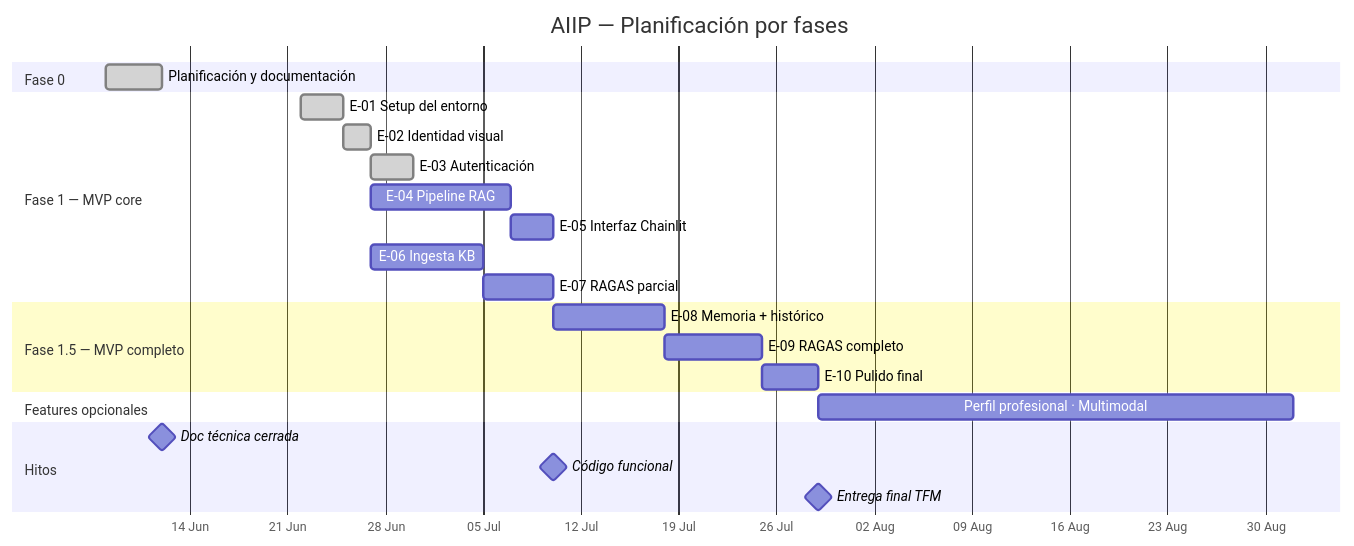
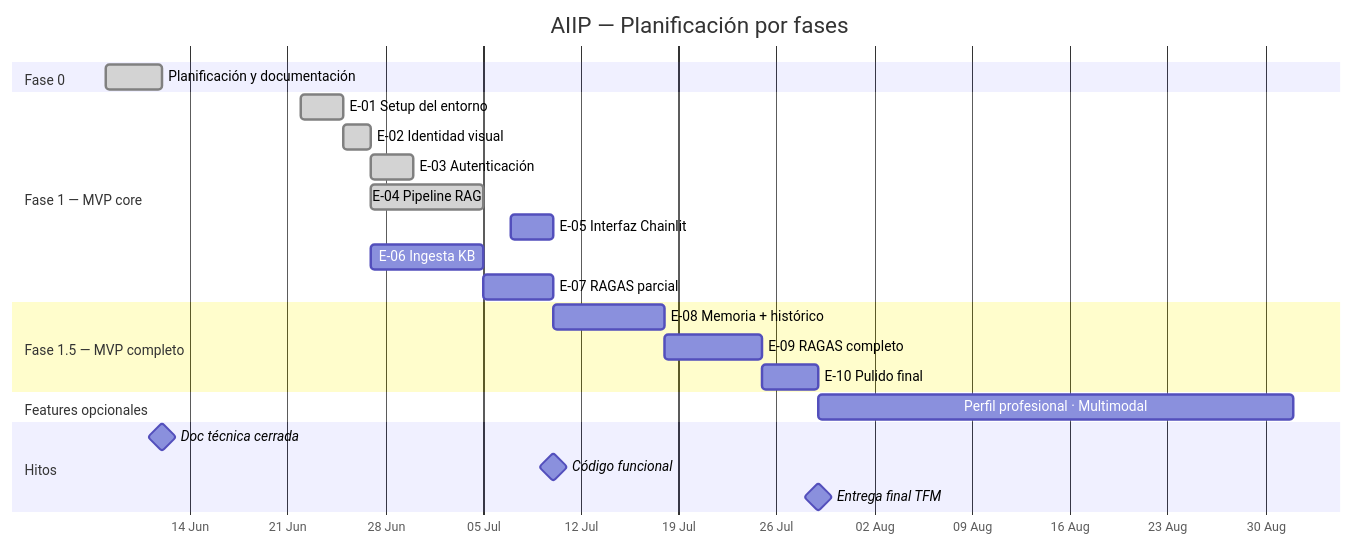
The diagram in README.md (mimpho/aiip), drawn with Mermaid before and after one commit. The commit also changed other lines of this file and 4 other files, not shown here.

Commit message:
feat: finalize E-04 RAG pipeline and update documentation, backlog, and epic-close skill instructions

````diff
--- a/README.md
+++ b/README.md
@@ -60,31 +60,31 @@
 ```mermaid
 gantt
     title AIIP — Planificación por fases
     dateFormat  YYYY-MM-DD
     axisFormat  %d %b
 
     section Fase 0
     Planificación y documentación     :done,    f0, 2026-06-08, 2026-06-12
 
     section Fase 1 — MVP core
     E-01 Setup del entorno            :done,    e01, 2026-06-22, 2026-06-25
     E-02 Identidad visual             :done,    e02, 2026-06-25, 2026-06-27
     E-03 Autenticación                :done,    e03, 2026-06-27, 2026-06-30
-    E-04 Pipeline RAG                 :         e04, 2026-06-27, 2026-07-07
+    E-04 Pipeline RAG                 :done,    e04, 2026-06-27, 2026-07-05
     E-05 Interfaz Chainlit            :         e05, 2026-07-07, 2026-07-10
     E-06 Ingesta KB                   :         e06, 2026-06-27, 2026-07-05
     E-07 RAGAS parcial                :         e07, 2026-07-05, 2026-07-10
 
     section Fase 1.5 — MVP completo
     E-08 Memoria + histórico          :         e08, 2026-07-10, 2026-07-18
     E-09 RAGAS completo               :         e09, 2026-07-18, 2026-07-25
     E-10 Pulido final                 :         e10, 2026-07-25, 2026-07-29
 
     section Features opcionales
     Perfil profesional · Multimodal   :         fo, 2026-07-29, 2026-09-01
 
     section Hitos
     Doc técnica cerrada               :milestone, 2026-06-12, 0d
     Código funcional                  :milestone, 2026-07-10, 0d
     Entrega final TFM                 :milestone, 2026-07-29, 0d
 ```
````
